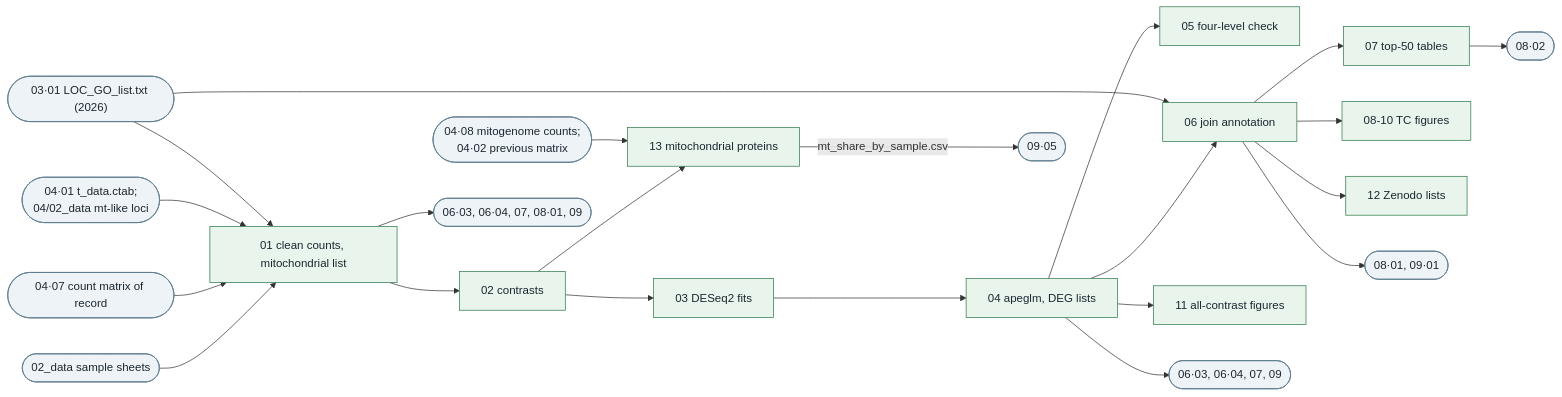
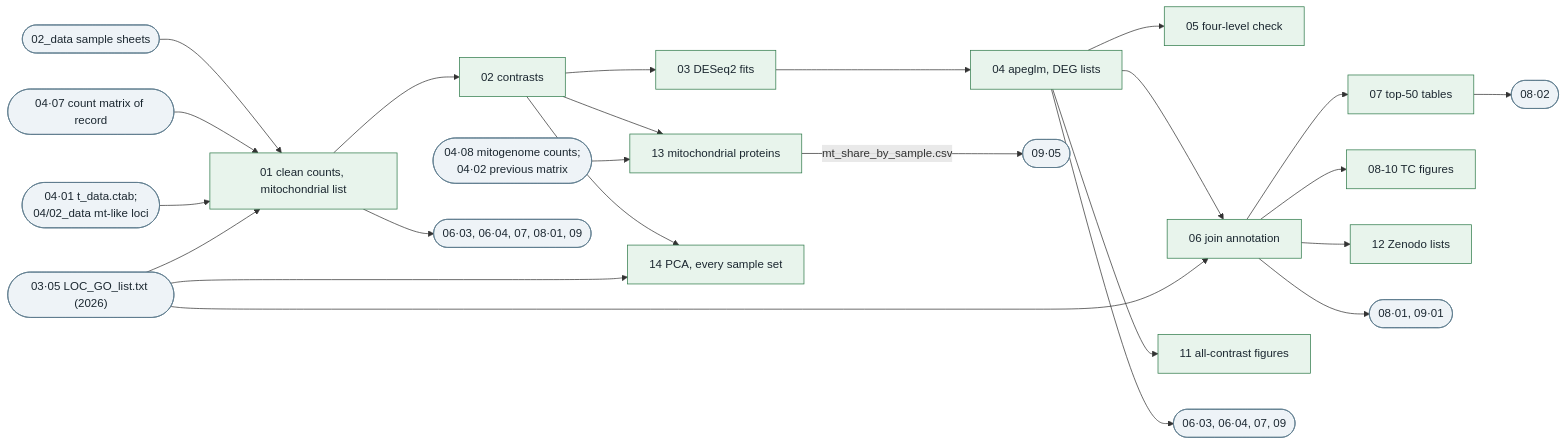
One commit to mattgeorgephd/PSMFC-mytilus-byssus-pilot changed the fifth of 9 diagrams in README.md. Above: the diagram before and after it, drawn with Mermaid. The commit also changed other lines of this file and 22 other files, not shown here.

````diff
--- a/README.md
+++ b/README.md
@@ -339,42 +339,45 @@
 ```mermaid
 flowchart LR
   sh(["02_data sample sheets"])
   a4(["04·07 count matrix of record"])
   a1(["04·01 t_data.ctab;<br>04/02_data mt-like loci"])
-  b1(["03·01 LOC_GO_list.txt (2026)"])
+  b1(["03·05 LOC_GO_list.txt (2026)"])
   d1["01 clean counts, mitochondrial list"]
   d2["02 contrasts"]
   d3["03 DESeq2 fits"]
   d4["04 apeglm, DEG lists"]
   d5["05 four-level check"]
   d6["06 join annotation"]
   d7["07 top-50 tables"]
   d8["08-10 TC figures"]
   d11["11 all-contrast figures"]
   d12["12 Zenodo lists"]
   d13["13 mitochondrial proteins"]
+  d14["14 PCA, every sample set"]
   a5(["04·08 mitogenome counts;<br>04·02 previous matrix"])
   sh --> d1
   a4 --> d1
   a1 --> d1
   b1 --> d1
   d1 --> d2 --> d3 --> d4
   d4 --> d5
   d4 --> d6
   b1 --> d6
   d6 --> d7
   d6 --> d8
   d6 --> d12
   d4 --> d11
   d2 --> d13
   a5 --> d13
+  d2 --> d14
+  b1 --> d14
   d1 --> r1(["06·03, 06·04, 07, 08·01, 09"])
   d4 --> r2(["06·03, 06·04, 07, 09"])
   d6 --> r3(["08·01, 09·01"])
   d7 --> r4(["08·02"])
   d13 -- "mt_share_by_sample.csv" --> r5(["09·05"])
   classDef ext fill:#eef3f7,stroke:#5b7a8c,color:#1b2730
   classDef run fill:#e8f4ec,stroke:#2f7a4a,color:#1b2730
   class a4,a1,b1,sh,a5,r1,r2,r3,r4,r5 ext
-  class d1,d2,d3,d4,d5,d6,d7,d8,d11,d12,d13 run
+  class d1,d2,d3,d4,d5,d6,d7,d8,d11,d12,d13,d14 run
 ```
````
